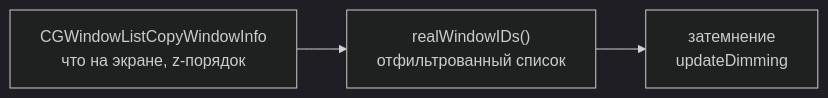
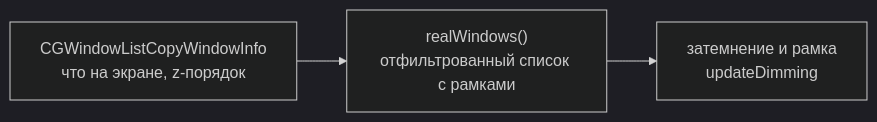
One commit to asmithdots-debug/wincycle changed the diagram in DESIGN.md. Above: the diagram before and after it, drawn with Mermaid (dark theme). The commit also changed other lines of this file and 2 other files, not shown here.

First line of the commit message:
Add a vignette fill and an active-window border, drop a failed desaturation attempt

````diff
--- a/DESIGN.md
+++ b/DESIGN.md
@@ -15,5 +15,5 @@
 ```mermaid
 flowchart LR
-    CG["CGWindowListCopyWindowInfo<br/>что на экране, z-порядок"] --> R["realWindowIDs()<br/>отфильтрованный список"]
-    R --> DIM["затемнение<br/>updateDimming"]
+    CG["CGWindowListCopyWindowInfo<br/>что на экране, z-порядок"] --> R["realWindows()<br/>отфильтрованный список с рамками"]
+    R --> DIM["затемнение и рамка<br/>updateDimming"]
 ```
````
